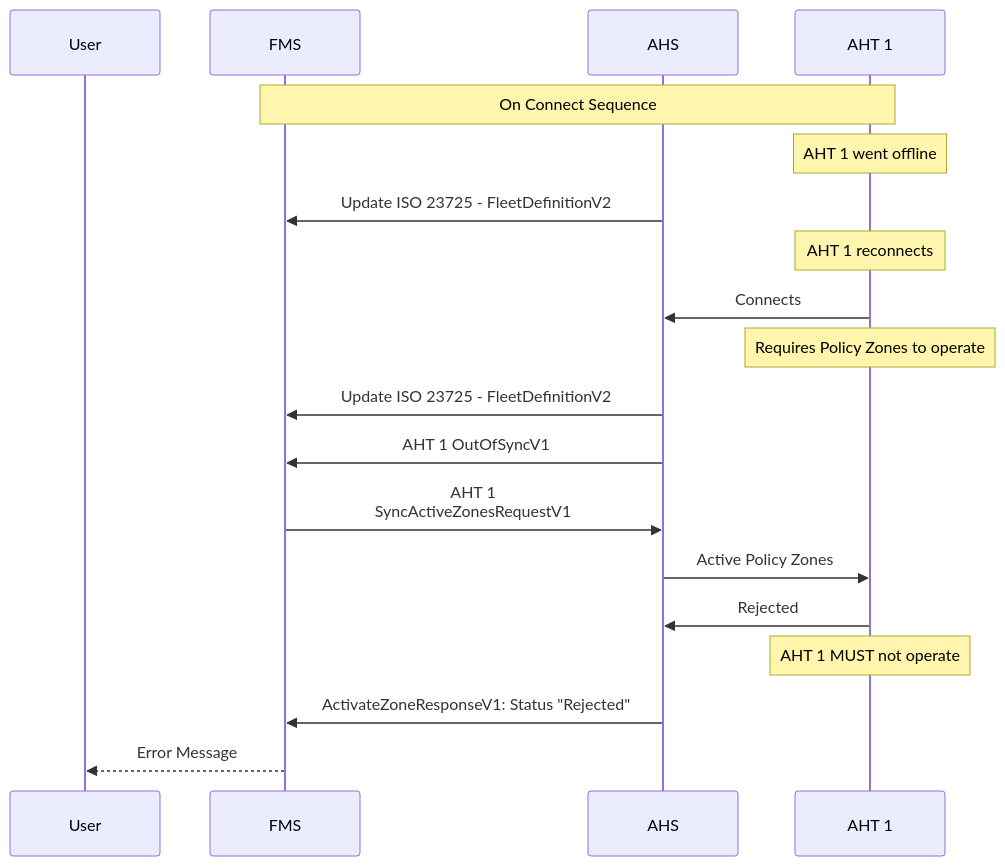
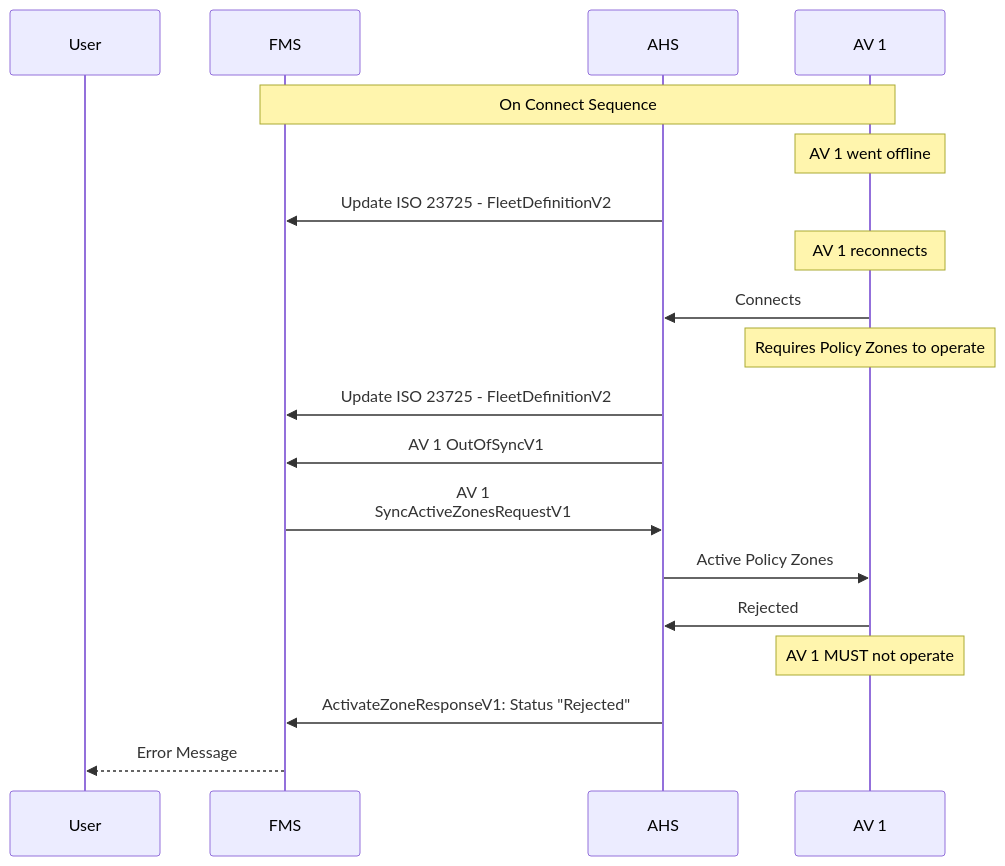
Before and after one commit to open-autonomy/zone: the third of 3 diagrams in diagram/Resynchronisation.md, drawn with Mermaid. The commit also changed other lines of this file and 15 other files, not shown here.

````diff
--- a/diagram/Resynchronisation.md
+++ b/diagram/Resynchronisation.md
@@ -103,31 +103,31 @@
 ```mermaid
 sequenceDiagram
     participant User
     participant FMS
     participant AHS
-    participant AHT 1
+    participant AV 1
 
-    Note over FMS,AHT 1: On Connect Sequence
-    Note over AHT 1: AHT 1 went offline
+    Note over FMS,AV 1: On Connect Sequence
+    Note over AV 1: AV 1 went offline
     AHS->>FMS: Update ISO 23725 - FleetDefinitionV2
 
-    Note Over AHT 1: AHT 1 reconnects
+    Note Over AV 1: AV 1 reconnects
 
-    AHT 1->>AHS: Connects
-    Note Over AHT 1: Requires Policy Zones to operate
+    AV 1->>AHS: Connects
+    Note Over AV 1: Requires Policy Zones to operate
     AHS->>FMS: Update ISO 23725 - FleetDefinitionV2
 
-    AHS->>FMS: AHT 1 OutOfSyncV1
+    AHS->>FMS: AV 1 OutOfSyncV1
 
-    FMS->>AHS: AHT 1 <br/> SyncActiveZonesRequestV1
-    AHS->>AHT 1: Active Policy Zones
+    FMS->>AHS: AV 1 <br/> SyncActiveZonesRequestV1
+    AHS->>AV 1: Active Policy Zones
 
-    AHT 1->>AHS: Rejected
+    AV 1->>AHS: Rejected
 
-    Note Over AHT 1: AHT 1 MUST not operate
+    Note Over AV 1: AV 1 MUST not operate
 
     AHS->>FMS: ActivateZoneResponseV1: Status "Rejected"
 
     FMS-->>User: Error Message
 
 ```
````
